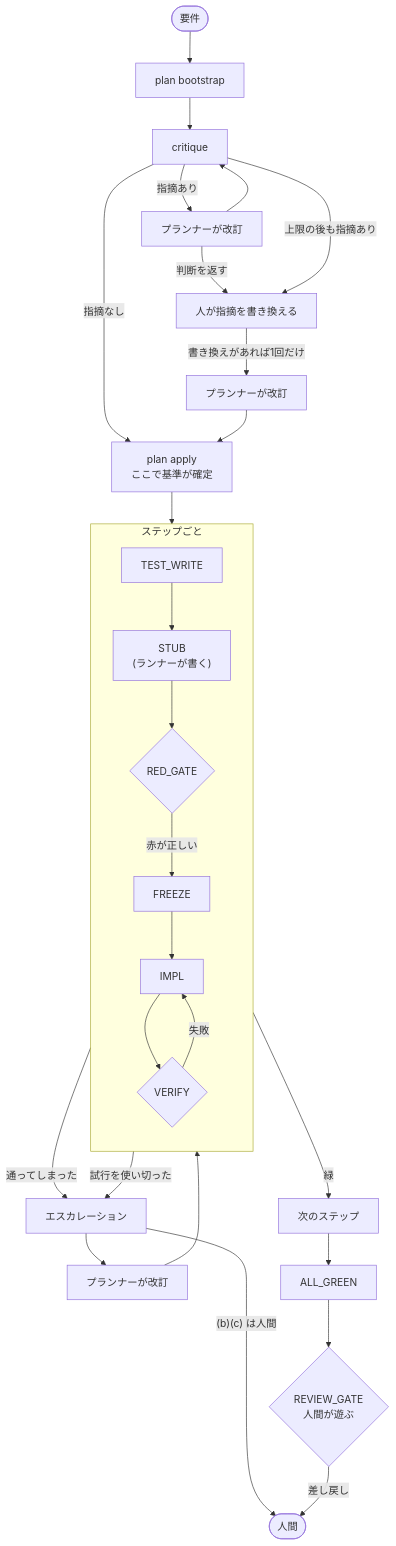
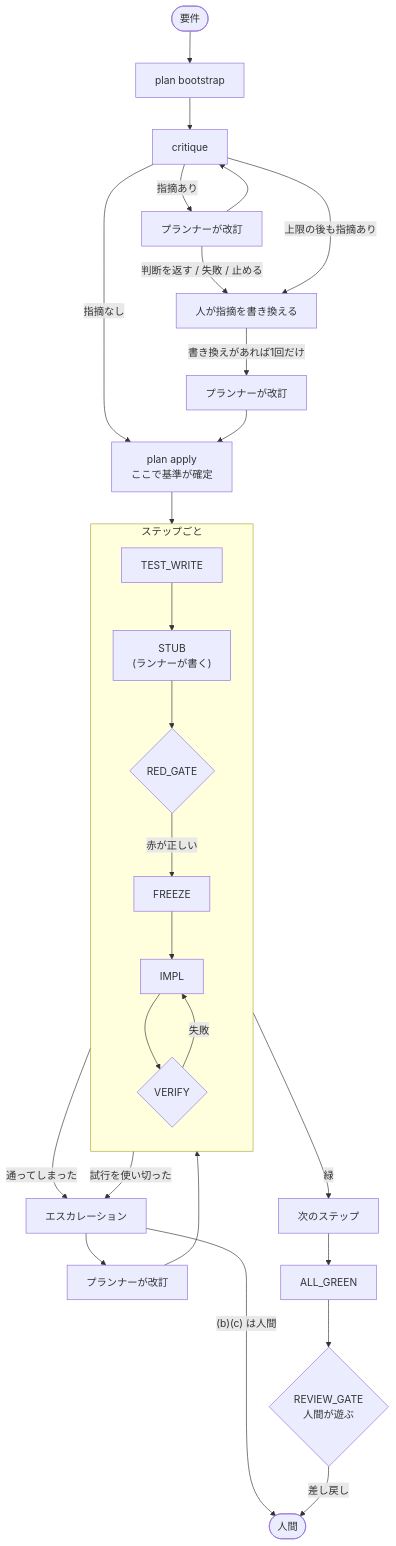
Before and after one commit to imotori481/Loop-Engine-with-Multi-Claude: the second of 2 diagrams in docs/ARCHITECTURE.md, drawn with Mermaid. The commit also changed 9 other files, not shown here.

````diff
--- a/docs/ARCHITECTURE.md
+++ b/docs/ARCHITECTURE.md
@@ -103,33 +103,33 @@
 ```mermaid
 flowchart TD
   req(["要件"]) --> boot["plan bootstrap"]
   boot --> refine["critique"]
   refine -->|"指摘あり"| revise["プランナーが改訂"]
   revise --> refine
-  revise -->|"判断を返す"| human
+  revise -->|"判断を返す / 失敗 / 止める"| human
   refine -->|"指摘なし"| apply["plan apply<br/>ここで基準が確定"]
   refine -->|"上限の後も指摘あり"| human["人が指摘を書き換える"]
   human -->|"書き換えがあれば1回だけ"| last["プランナーが改訂"]
   last --> apply
   apply --> step
 
   subgraph step["ステップごと"]
     direction TB
     tw["TEST_WRITE"] --> stub["STUB<br/>(ランナーが書く)"]
     stub --> red{"RED_GATE"}
     red -->|"赤が正しい"| frz["FREEZE"]
     frz --> impl["IMPL"]
     impl --> ver{"VERIFY"}
     ver -->|"失敗"| impl
   end
 
   ver -->|"緑"| nextstep["次のステップ"]
   red -->|"通ってしまった"| esc["エスカレーション"]
   ver -->|"試行を使い切った"| esc
   esc --> revise2["プランナーが改訂"]
   revise2 --> tw
   esc -->|"(b)(c) は人間"| human2(["人間"])
   nextstep --> allg["ALL_GREEN"]
   allg --> review{"REVIEW_GATE<br/>人間が遊ぶ"}
   review -->|"差し戻し"| human2
 ```
````
